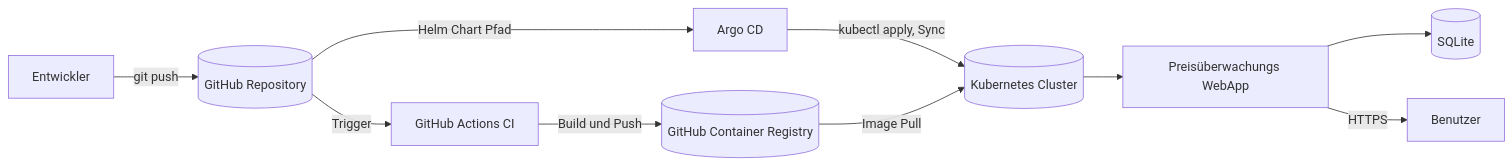
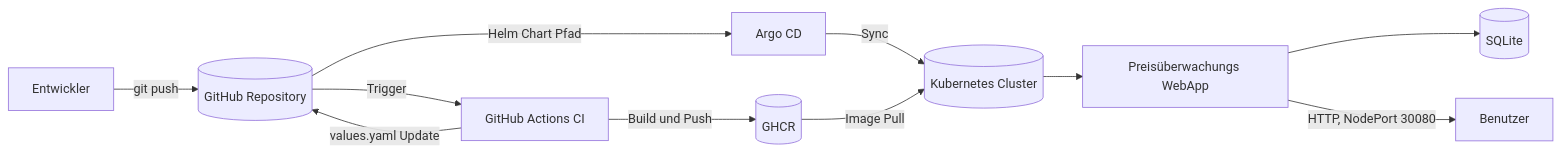
Before and after one commit to Cancani/gitops-platform-semesterarbeit5: the first of 2 diagrams in README.md, drawn with Mermaid. The commit also changed other lines of this file, not shown here.

First line of the commit message:
docs(readme): diagramme und struktur korrigiert

````diff
--- a/README.md
+++ b/README.md
@@ -58,12 +58,13 @@
 ```mermaid
 flowchart LR
     Dev[Entwickler] -->|git push| Repo[(GitHub Repository)]
     Repo -->|Trigger| CI[GitHub Actions CI]
-    CI -->|Build und Push| Reg[(GitHub Container Registry)]
+    CI -->|Build und Push| Reg[(GHCR)]
+    CI -->|values.yaml Update| Repo
     Repo -->|Helm Chart Pfad| Argo[Argo CD]
-    Argo -->|kubectl apply, Sync| K8s[(Kubernetes Cluster)]
+    Argo -->|Sync| K8s[(Kubernetes Cluster)]
     Reg -->|Image Pull| K8s
     K8s --> App[Preisüberwachungs WebApp]
     App --> DB[(SQLite)]
-    App -->|HTTPS| User[Benutzer]
+    App -->|HTTP, NodePort 30080| User[Benutzer]
 ```
````
